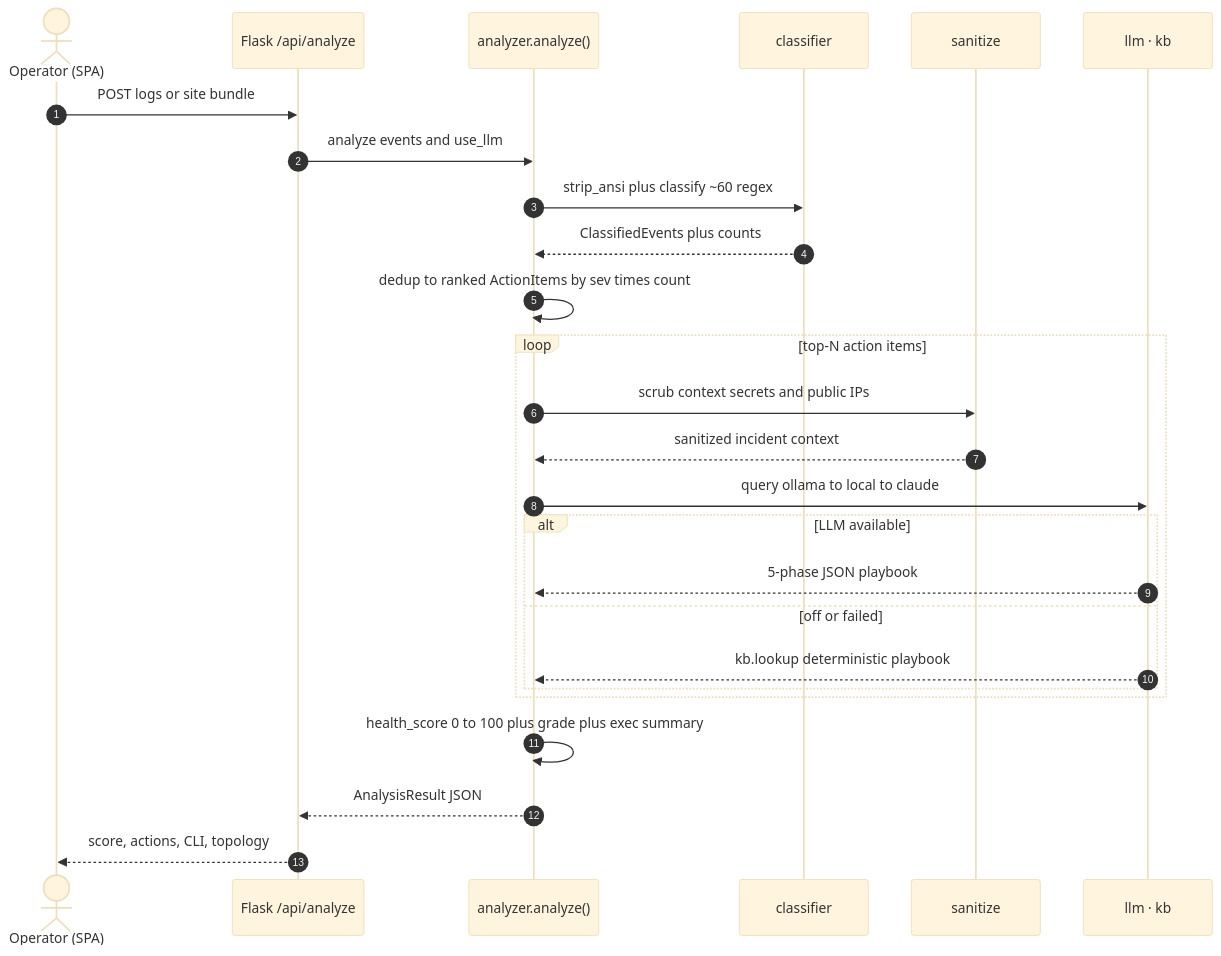
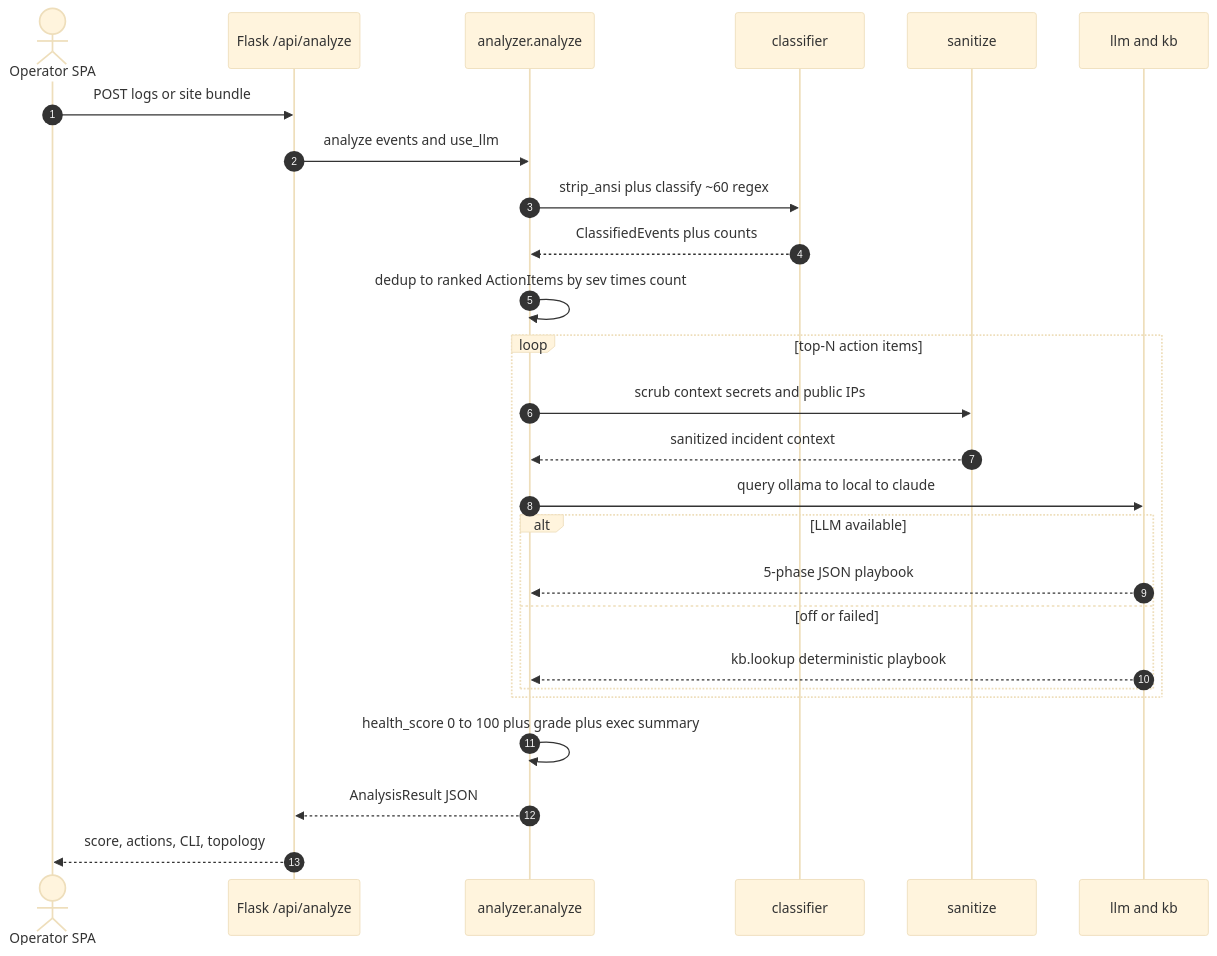
One commit to gesh75/netlog-ai changed the third of 7 diagrams in docs/ARCHITECTURE.md. Above: the diagram before and after it, drawn with Mermaid (base theme).

Commit message:
docs: scrub residual middot/parens from sequence diagram participants

````diff
--- a/docs/ARCHITECTURE.md
+++ b/docs/ARCHITECTURE.md
@@ -128,29 +128,29 @@
 ```mermaid
 sequenceDiagram
     autonumber
-    actor OP as Operator (SPA)
+    actor OP as Operator SPA
     participant API as Flask /api/analyze
-    participant AN as analyzer.analyze()
+    participant AN as analyzer.analyze
     participant CL as classifier
     participant SA as sanitize
-    participant LK as llm · kb
+    participant LK as llm and kb
 
     OP->>API: POST logs or site bundle
     API->>AN: analyze events and use_llm
     AN->>CL: strip_ansi plus classify ~60 regex
     CL-->>AN: ClassifiedEvents plus counts
     AN->>AN: dedup to ranked ActionItems by sev times count
     loop top-N action items
         AN->>SA: scrub context secrets and public IPs
         SA-->>AN: sanitized incident context
         AN->>LK: query ollama to local to claude
         alt LLM available
             LK-->>AN: 5-phase JSON playbook
         else off or failed
             LK-->>AN: kb.lookup deterministic playbook
         end
     end
     AN->>AN: health_score 0 to 100 plus grade plus exec summary
     AN-->>API: AnalysisResult JSON
     API-->>OP: score, actions, CLI, topology
 ```
````
